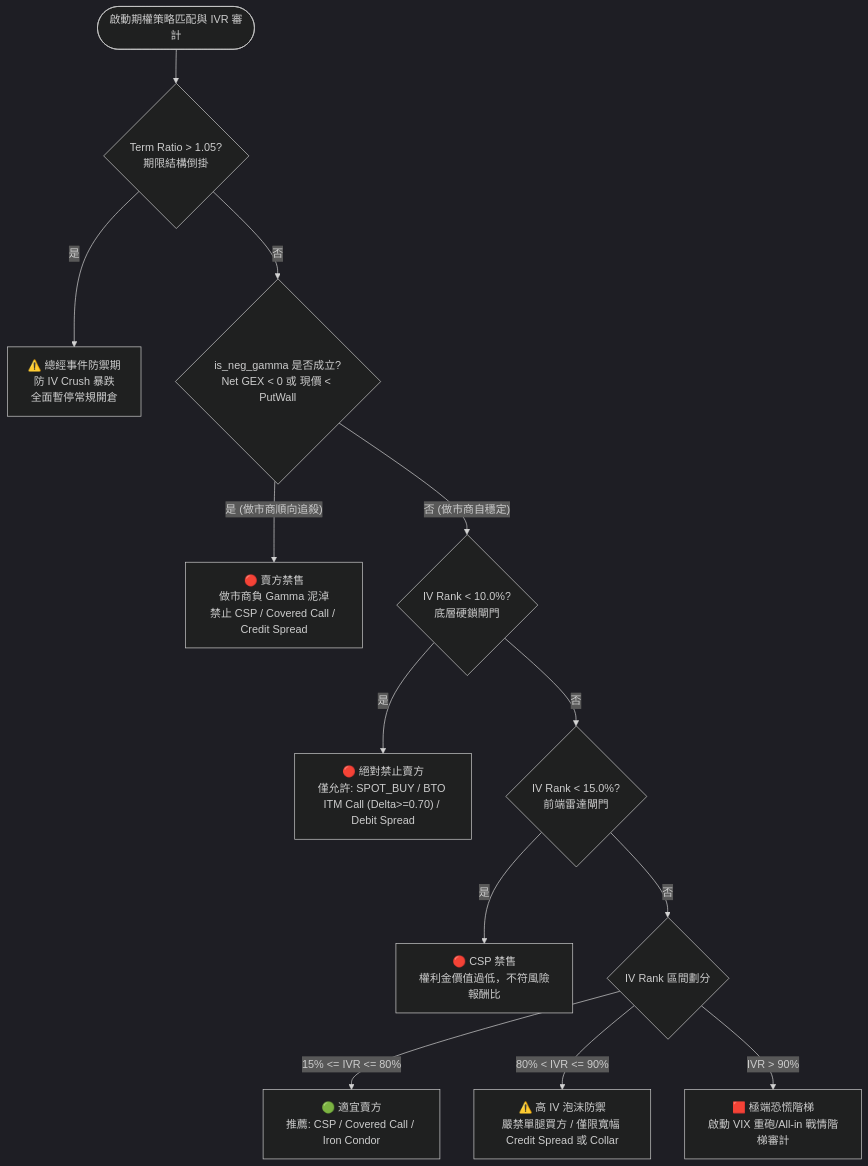
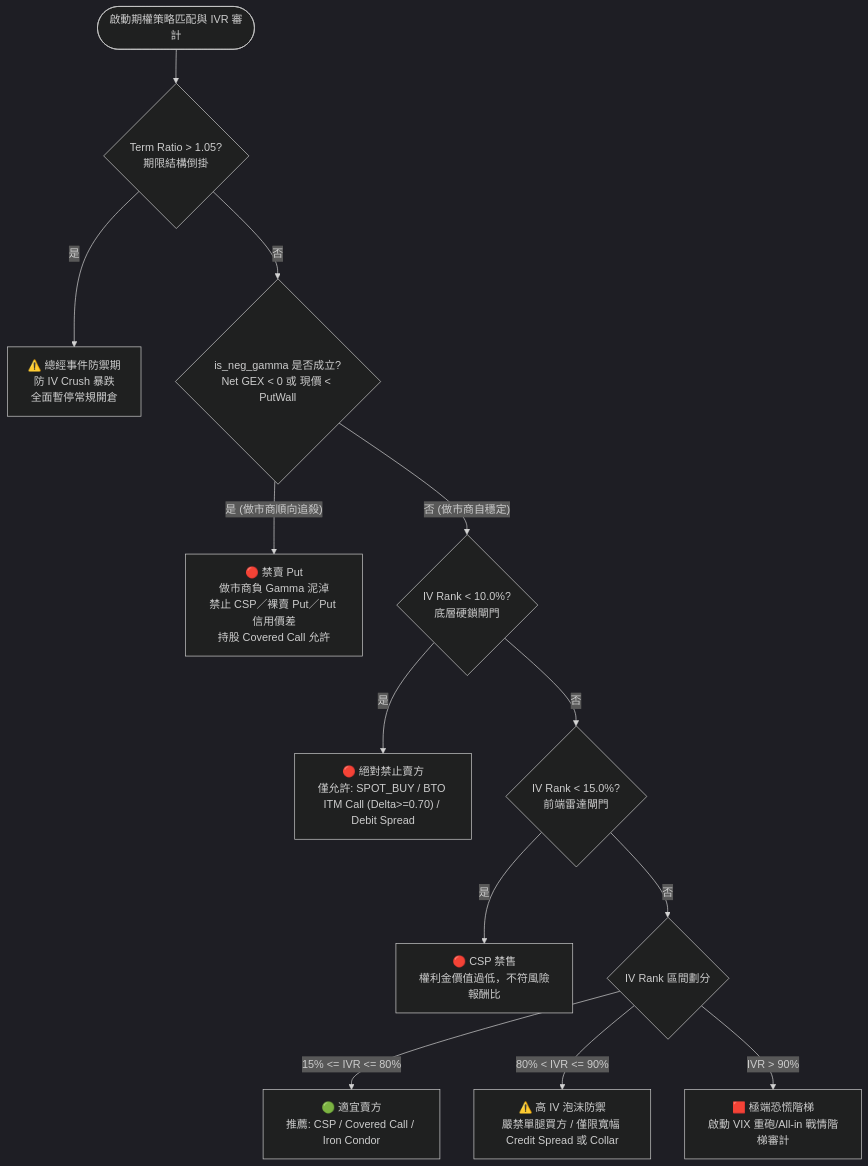
Before and after one commit to cosmo-chang-1701/nexus-seeker: the diagram in docs/valuation_pricing/04_ivr_regime_and_seller_lockout.md, drawn with Mermaid (dark theme). The commit also changed other lines of this file and 9 other files, not shown here.

Commit message:
fix(radar): defer pre-market complacency, veto Max Pain magnet in negative gamma, relabel put-selling ban

````diff
--- a/docs/valuation_pricing/04_ivr_regime_and_seller_lockout.md
+++ b/docs/valuation_pricing/04_ivr_regime_and_seller_lockout.md
@@ -72,20 +74,20 @@
 ```mermaid
 flowchart TD
     Start([啟動期權策略匹配與 IVR 審計]) --> TermCheck{"Term Ratio > 1.05?<br/>期限結構倒掛"}
 
     TermCheck -- 是 --> DefenseState["⚠️ 總經事件防禦期<br/>防 IV Crush 暴跌<br/>全面暫停常規開倉"]
     TermCheck -- 否 --> GammaCheck{"is_neg_gamma 是否成立?<br/>Net GEX < 0 或 現價 < PutWall"}
 
-    GammaCheck -- 是 (做市商順向追殺) --> LockoutSeller["🔴 賣方禁售<br/>做市商負 Gamma 泥淖<br/>禁止 CSP / Covered Call / Credit Spread"]
+    GammaCheck -- 是 (做市商順向追殺) --> LockoutSeller["🔴 禁賣 Put<br/>做市商負 Gamma 泥淖<br/>禁止 CSP／裸賣 Put／Put 信用價差<br/>持股 Covered Call 允許"]
     GammaCheck -- 否 (做市商自穩定) --> IVRHardLock{"IV Rank < 10.0%?<br/>底層硬鎖閘門"}
 
     IVRHardLock -- 是 --> HardLockAllowed["🔴 絕對禁止賣方<br/>僅允許: SPOT_BUY / BTO ITM Call (Delta>=0.70) / Debit Spread"]
     IVRHardLock -- 否 --> IVRCSPGate{"IV Rank < 15.0%?<br/>前端雷達閘門"}
 
     IVRCSPGate -- 是 --> LockCSP["🔴 CSP 禁售<br/>權利金價值過低，不符風險報酬比"]
     IVRCSPGate -- 否 --> IVRRangeCheck{IV Rank 區間劃分}
 
     IVRRangeCheck -->|15% <= IVR <= 80%| NormalSeller["🟢 適宜賣方<br/>推薦: CSP / Covered Call / Iron Condor"]
     IVRRangeCheck -->|80% < IVR <= 90%| BubbleDefense["⚠️ 高 IV 泡沫防禦<br/>嚴禁單腿買方 / 僅限寬幅 Credit Spread 或 Collar"]
     IVRRangeCheck -->|IVR > 90%| ExtremePanic["🟥 極端恐慌階梯<br/>啟動 VIX 重砲/All-in 戰情階梯審計"]
 ```
````
